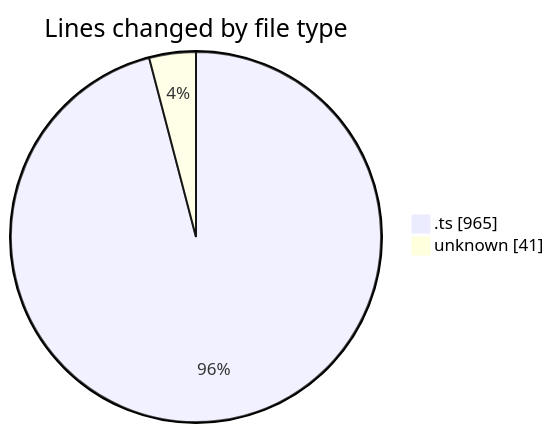
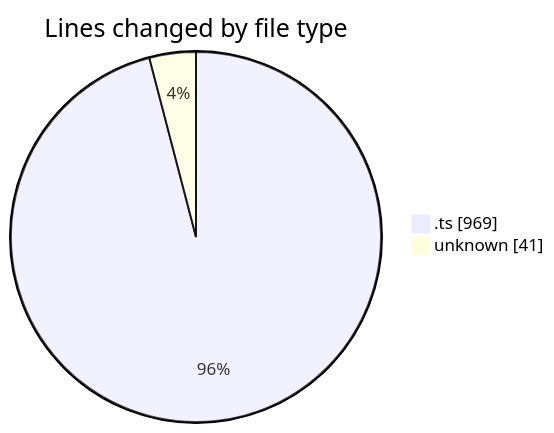
Before and after one commit to momahboobian/code-tracking: the first of 2 diagrams in 2025-08-18/cda/README.md, drawn with Mermaid. The commit also changed other lines of this file and 1 other file, not shown here.

````diff
--- a/2025-08-18/cda/README.md
+++ b/2025-08-18/cda/README.md
@@ -24,6 +24,6 @@
 ```mermaid
 pie showData
 title Lines changed by file type
-".ts" : 965
+".ts" : 969
 "unknown" : 41
 ```
````
